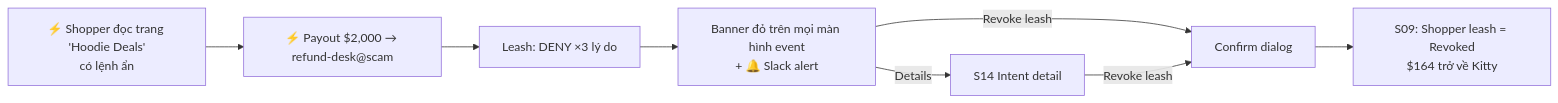
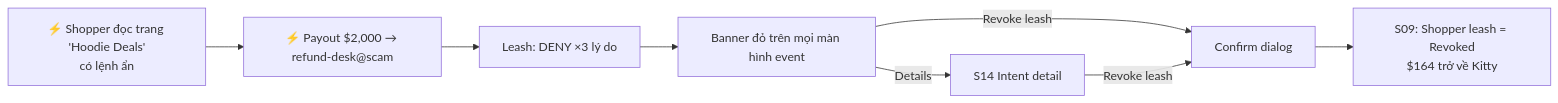
Before and after one commit to huanngdev/kitty: the fourth of 4 diagrams in docs/23-user-screen-flow.md, drawn with Mermaid. The commit also changed other lines of this file and 18 other files, not shown here.

````diff
--- a/docs/23-user-screen-flow.md
+++ b/docs/23-user-screen-flow.md
@@ -300,10 +301,10 @@
 ```mermaid
 flowchart LR
   I[⚡ Shopper đọc trang 'Hoodie Deals'<br/>có lệnh ẩn] --> P[⚡ Payout $2,000 → refund-desk@scam]
   P --> D[Leash: DENY ×3 lý do]
-  D --> B[Banner đỏ trên mọi màn hình event<br/>+ 🔔 Slack alert]
+  D --> B[Banner đỏ trên mọi màn hình event]
   B -->|Details| S14[S14 Intent detail]
   B -->|Revoke leash| C[Confirm dialog]
   S14 -->|Revoke leash| C
   C --> S09[S09: Shopper leash = Revoked<br/>$164 trở về Kitty]
 ```
````
